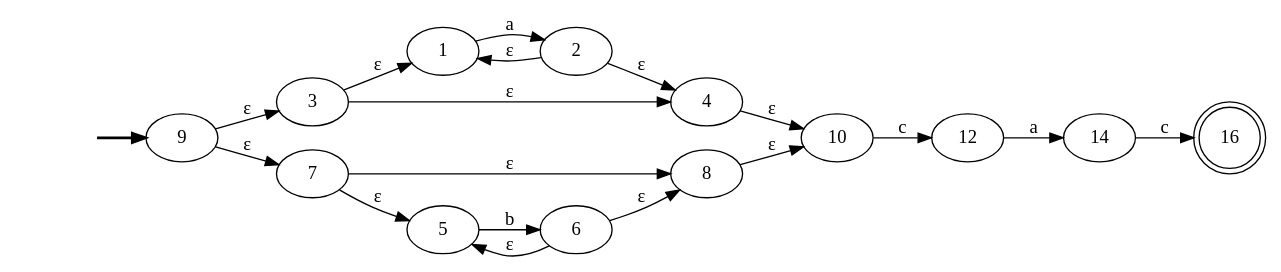
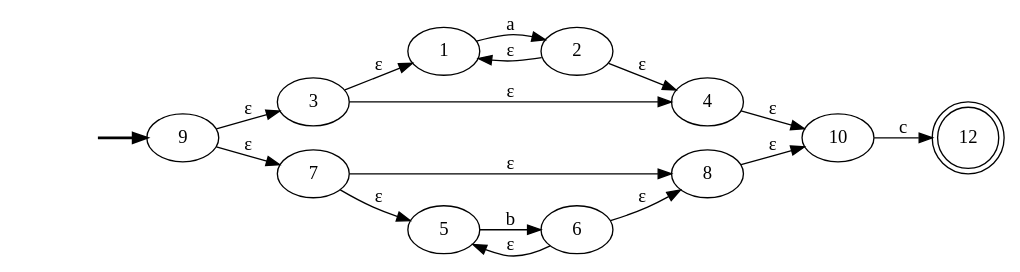
Before and after one commit to bar20807/CompiladorProyect: the diagram in Pre-laboratorio A/AFNTest3.gv, drawn with Graphviz. The commit also changed 24 other files, not shown here.

```diff
--- a/Pre-laboratorio A/AFNTest3.gv
+++ b/Pre-laboratorio A/AFNTest3.gv
@@ -1,47 +1,41 @@
 digraph AFNTest3 {
 	graph [rankdir=LR]
 	fake [style=invisible]
 	fake -> 9 [style=bold]
 	9 [root=true]
 	3
 	9 -> 3 [label="ε"]
 	7
 	9 -> 7 [label="ε"]
 	3
 	1
 	3 -> 1 [label="ε"]
 	4
 	3 -> 4 [label="ε"]
 	7
 	8
 	7 -> 8 [label="ε"]
 	5
 	7 -> 5 [label="ε"]
 	1
 	2
 	1 -> 2 [label=a]
 	4
 	10
 	4 -> 10 [label="ε"]
 	8
 	8 -> 10 [label="ε"]
 	5
 	6
 	5 -> 6 [label=b]
 	2
 	2 -> 1 [label="ε"]
 	2 -> 4 [label="ε"]
 	10
-	12
+	12 [shape=doublecircle]
 	10 -> 12 [label=c]
 	6
 	6 -> 8 [label="ε"]
 	6 -> 5 [label="ε"]
-	12
-	14
-	12 -> 14 [label=a]
-	14
-	16 [shape=doublecircle]
-	14 -> 16 [label=c]
-	16 [shape=doublecircle]
+	12 [shape=doublecircle]
 }
```
